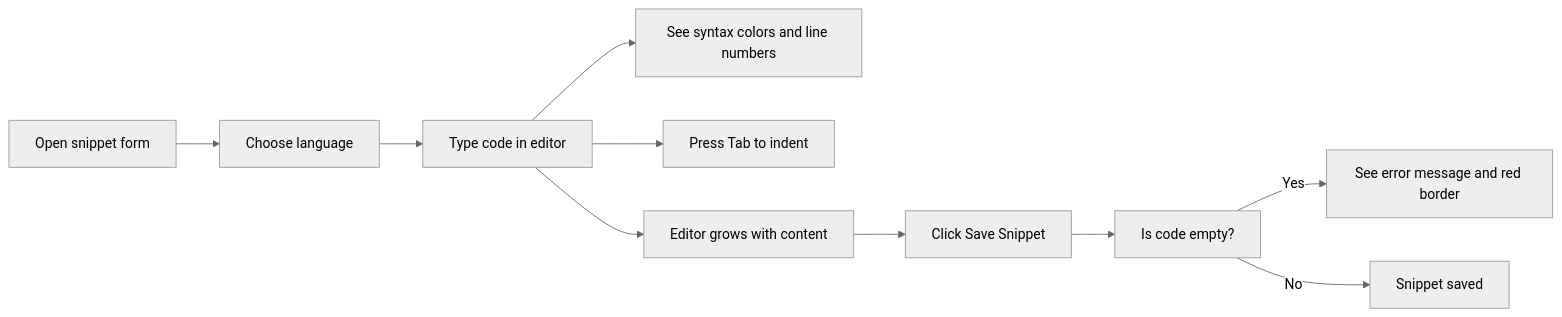
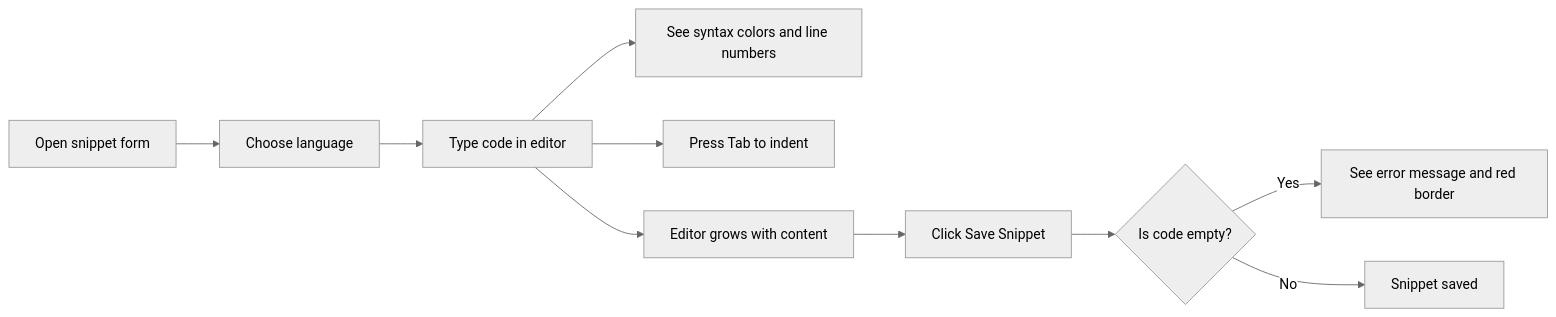
One commit to Mohita111/API2 changed the first of 3 diagrams in dromeas/docs/api2-documentation/plan_2026-10-29_a4fa76/user-facing-docs/code-editing.md. Above: the diagram before and after it, drawn with Mermaid (neutral theme). The commit also changed other lines of this file and 11 other files, not shown here.

````diff
--- a/dromeas/docs/api2-documentation/plan_2026-10-29_a4fa76/user-facing-docs/code-editing.md
+++ b/dromeas/docs/api2-documentation/plan_2026-10-29_a4fa76/user-facing-docs/code-editing.md
@@ -21,12 +19,12 @@
 ```mermaid
 graph LR
     A[Open snippet form] --> B[Choose language]
     B --> C[Type code in editor]
     C --> D[See syntax colors and line numbers]
     C --> E[Press Tab to indent]
     C --> F[Editor grows with content]
     F --> G[Click Save Snippet]
-    G --> H["Is code empty?"]
+    G --> H{"Is code empty?"}
     H -->|Yes| I[See error message and red border]
     H -->|No| J[Snippet saved]
 ```
````
